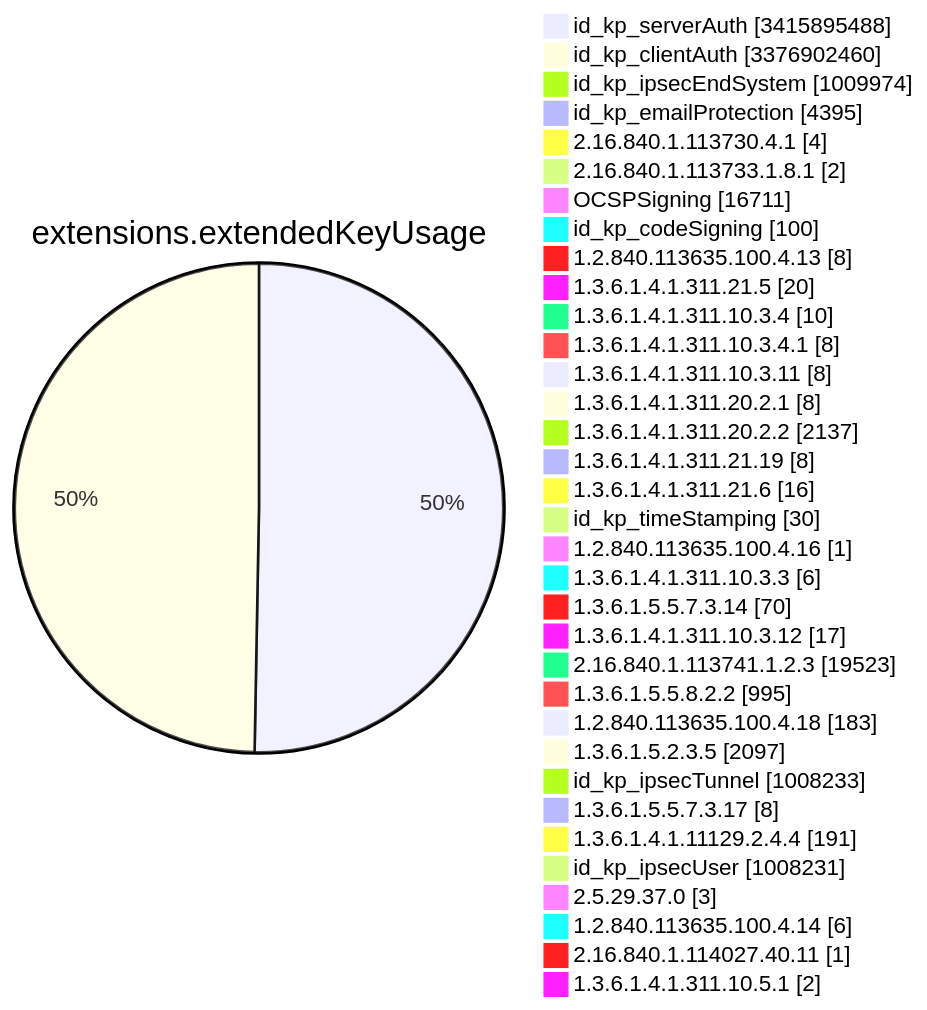
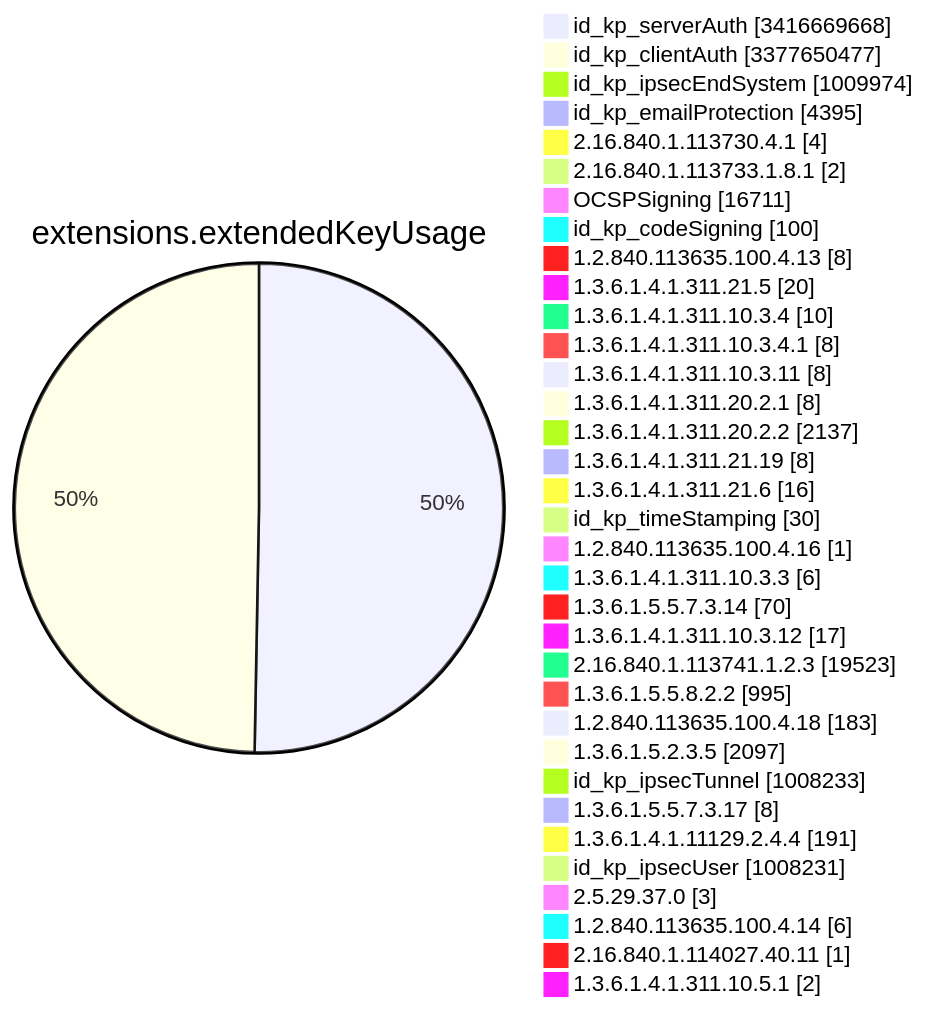
Diagram 11 of 15 in TOTAL/README.md (christiankrug/ctmonitor_visualization), drawn with Mermaid before and after one commit. The commit also changed other lines of this file, not shown here.

````diff
--- a/TOTAL/README.md
+++ b/TOTAL/README.md
@@ -4121,38 +4121,38 @@
 ```mermaid
 pie showData
 title extensions.extendedKeyUsage
-"id_kp_serverAuth" :3415895488
-"id_kp_clientAuth" :3376902460
+"id_kp_serverAuth" :3416669668
+"id_kp_clientAuth" :3377650477
 "id_kp_ipsecEndSystem" :1009974
 "id_kp_emailProtection" :4395
 "2.16.840.1.113730.4.1" :4
 "2.16.840.1.113733.1.8.1" :2
 "OCSPSigning" :16711
 "id_kp_codeSigning" :100
 "1.2.840.113635.100.4.13" :8
 "1.3.6.1.4.1.311.21.5" :20
 "1.3.6.1.4.1.311.10.3.4" :10
 "1.3.6.1.4.1.311.10.3.4.1" :8
 "1.3.6.1.4.1.311.10.3.11" :8
 "1.3.6.1.4.1.311.20.2.1" :8
 "1.3.6.1.4.1.311.20.2.2" :2137
 "1.3.6.1.4.1.311.21.19" :8
 "1.3.6.1.4.1.311.21.6" :16
 "id_kp_timeStamping" :30
 "1.2.840.113635.100.4.16" :1
 "1.3.6.1.4.1.311.10.3.3" :6
 "1.3.6.1.5.5.7.3.14" :70
 "1.3.6.1.4.1.311.10.3.12" :17
 "2.16.840.1.113741.1.2.3" :19523
 "1.3.6.1.5.5.8.2.2" :995
 "1.2.840.113635.100.4.18" :183
 "1.3.6.1.5.2.3.5" :2097
 "id_kp_ipsecTunnel" :1008233
 "1.3.6.1.5.5.7.3.17" :8
 "1.3.6.1.4.1.11129.2.4.4" :191
 "id_kp_ipsecUser" :1008231
 "2.5.29.37.0" :3
 "1.2.840.113635.100.4.14" :6
 "2.16.840.1.114027.40.11" :1
 "1.3.6.1.4.1.311.10.5.1" :2
 ```
````
